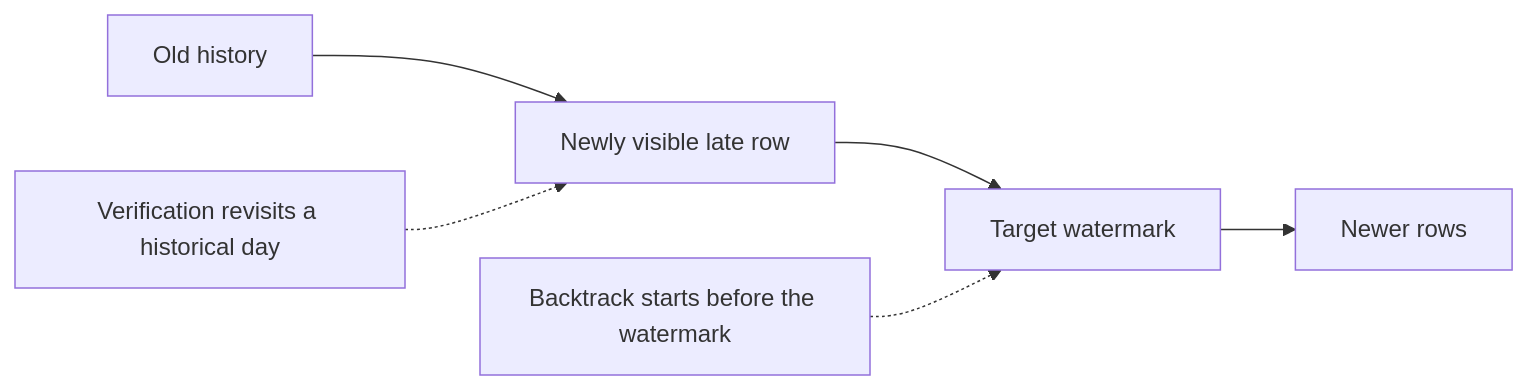
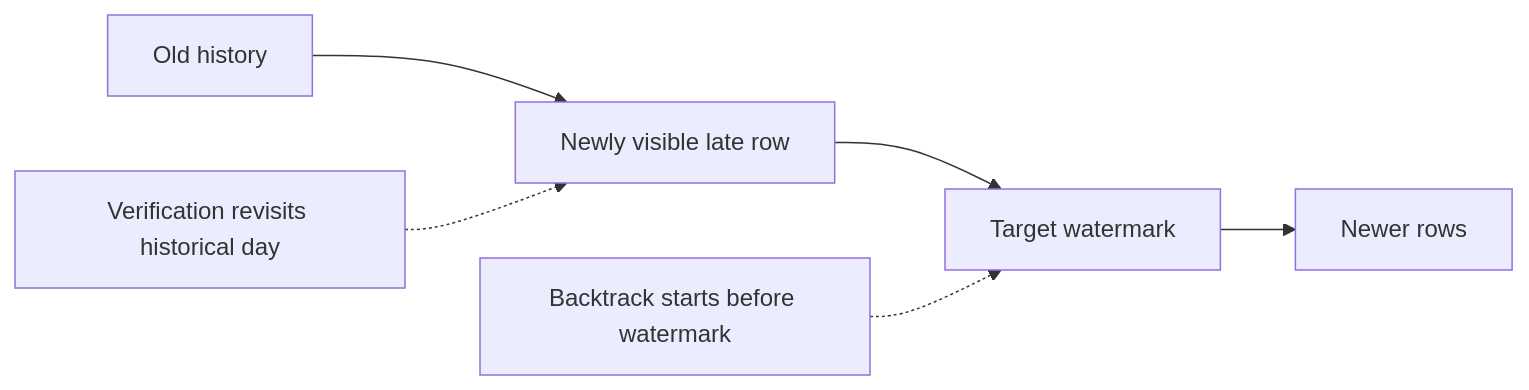
One commit to bmeares/Meerschaum changed the diagram in docs/zensical/reference/pipes/syncing.md. Above: the diagram before and after it, drawn with Mermaid. The commit also changed other lines of this file and 84 other files, not shown here.

````diff
--- a/docs/zensical/reference/pipes/syncing.md
+++ b/docs/zensical/reference/pipes/syncing.md
@@ -193,8 +145,8 @@
 ```mermaid
 flowchart LR
     Old["Old history"] --> Late["Newly visible late row"]
     Late --> Mark["Target watermark"]
     Mark --> New["Newer rows"]
-    Backtrack["Backtrack starts before the watermark"] -.-> Mark
-    Repair["Verification revisits a historical day"] -.-> Late
+    Backtrack["Backtrack starts before watermark"] -.-> Mark
+    Repair["Verification revisits historical day"] -.-> Late
 ```
````
